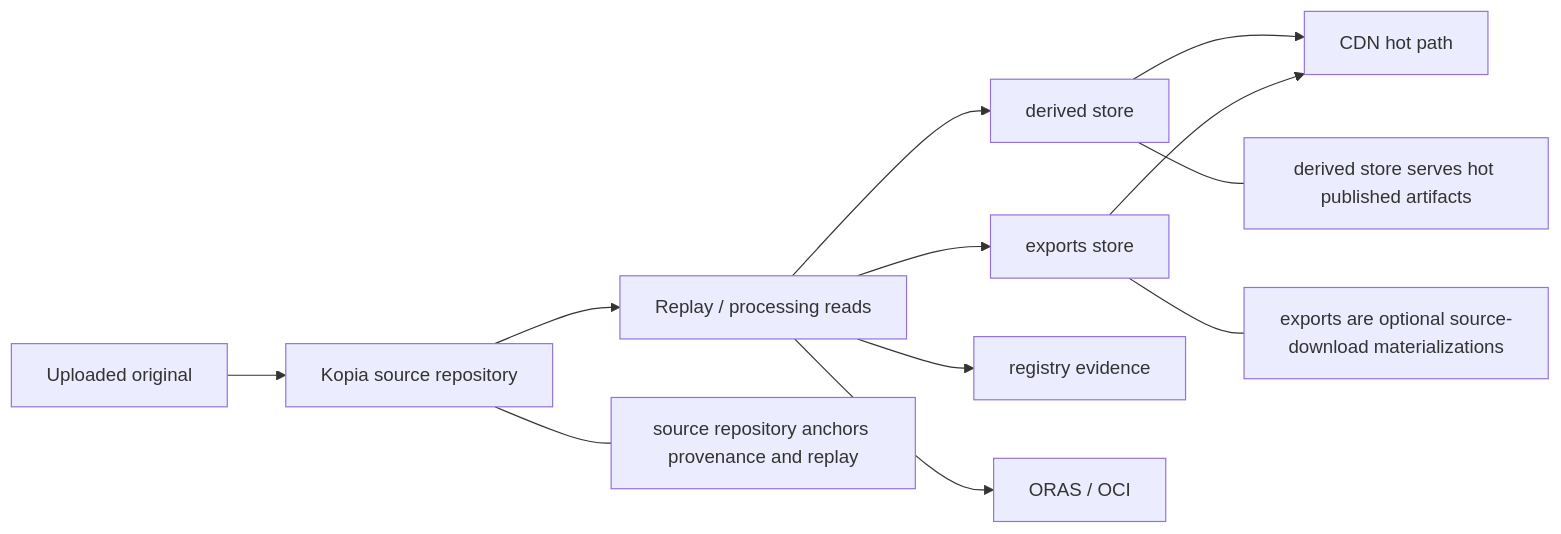
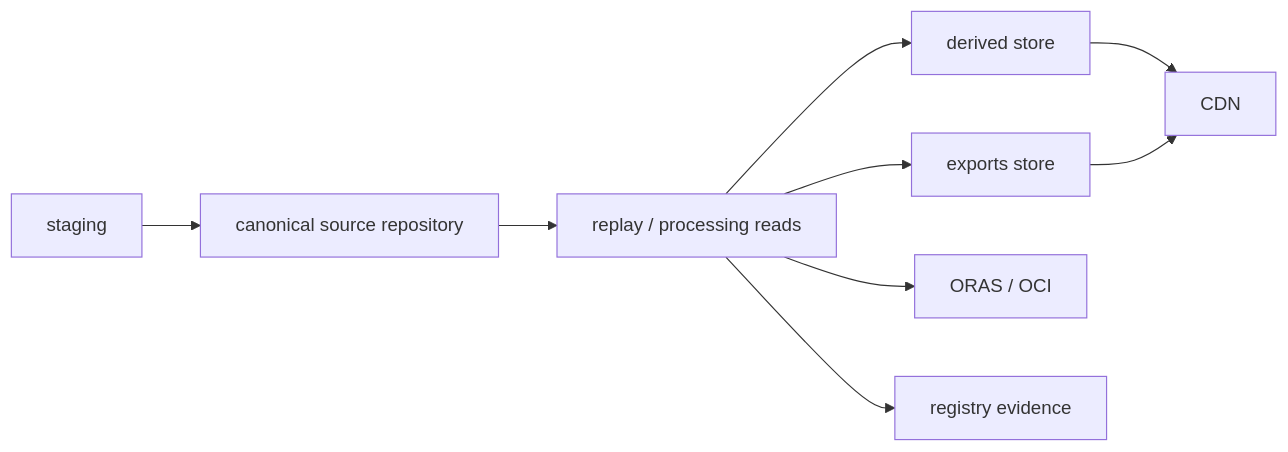
One commit to Yeusepe/cdngine changed the fourth of 10 diagrams in docs/architecture.md. Above: the diagram before and after it, drawn with Mermaid. The commit also changed other lines of this file and 18 other files, not shown here.

First line of the commit message:
Restructure docs: architecture & lifecycle

````diff
--- a/docs/architecture.md
+++ b/docs/architecture.md
@@ -476,14 +249,11 @@
 ```mermaid
 flowchart LR
-    Uploaded["Uploaded original"] --> SourceRepo["Kopia source repository"]
-    SourceRepo --> Replay["Replay / processing reads"]
+    Stage["staging"] --> Source["canonical source repository"]
+    Source --> Replay["replay / processing reads"]
     Replay --> Derived["derived store"]
     Replay --> Exports["exports store"]
+    Replay --> OCI["ORAS / OCI"]
     Replay --> Registry["registry evidence"]
-    Replay --> ArtifactGraph["ORAS / OCI"]
-    Derived --> CDN["CDN hot path"]
+    Derived --> CDN["CDN"]
     Exports --> CDN
-    SourceRepo --- Note1["source repository anchors provenance and replay"]
-    Derived --- Note2["derived store serves hot published artifacts"]
-    Exports --- Note3["exports are optional source-download materializations"]
 ```
````
